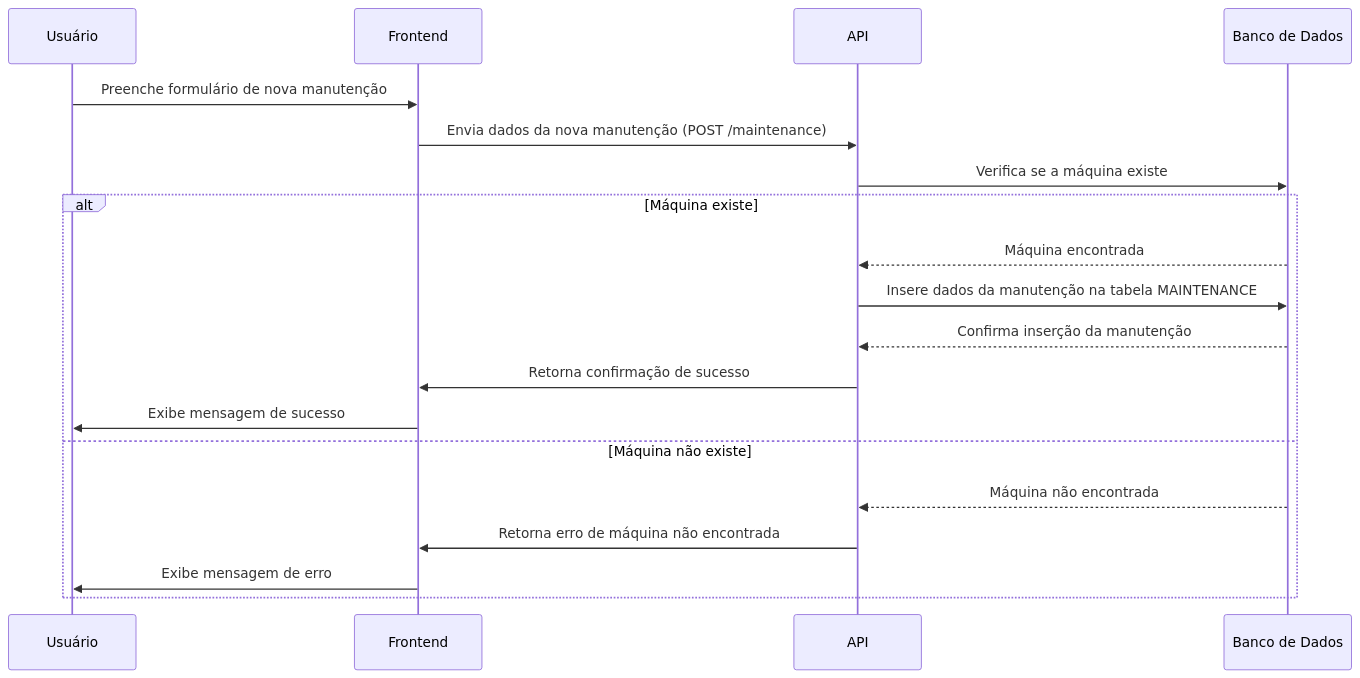
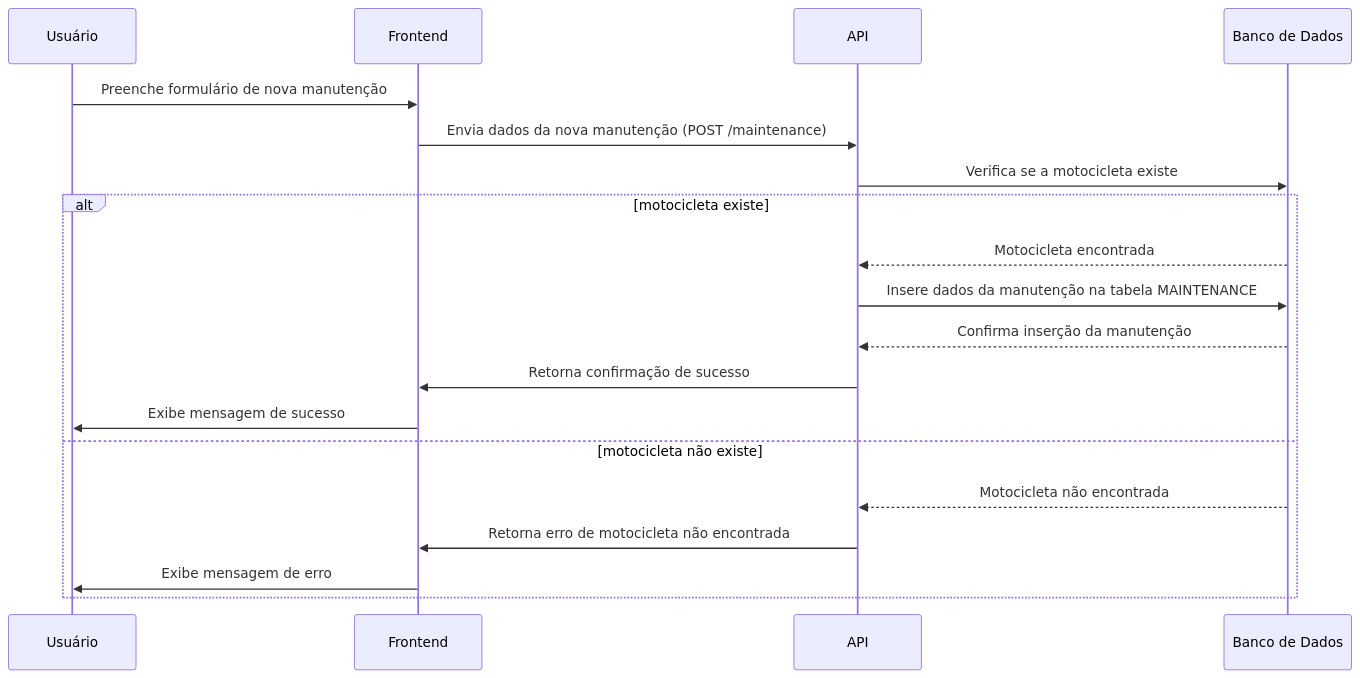
One commit to gabrielcavalcant/maintaner-ads changed the diagram in web/doc/workflows/criar_manutencao.md. Above: the diagram before and after it, drawn with Mermaid. The commit also changed 26 other files, not shown here.

````diff
--- a/web/doc/workflows/criar_manutencao.md
+++ b/web/doc/workflows/criar_manutencao.md
@@ -1,25 +1,25 @@
 ```mermaid
 sequenceDiagram
     participant U as Usuário
     participant F as Frontend
     participant A as API
     participant D as Banco de Dados
 
     U->>F: Preenche formulário de nova manutenção
     F->>A: Envia dados da nova manutenção (POST /maintenance)
-    A->>D: Verifica se a máquina existe 
-    alt Máquina existe
-        D-->>A: Máquina encontrada
+    A->>D: Verifica se a motocicleta existe 
+    alt motocicleta existe
+        D-->>A: Motocicleta encontrada
         A->>D: Insere dados da manutenção na tabela MAINTENANCE
         D-->>A: Confirma inserção da manutenção
         A->>F: Retorna confirmação de sucesso
         F->>U: Exibe mensagem de sucesso
 
 
-    else Máquina não existe
-        D-->>A: Máquina não encontrada
-        A->>F: Retorna erro de máquina não encontrada
+    else motocicleta não existe
+        D-->>A: Motocicleta não encontrada
+        A->>F: Retorna erro de motocicleta não encontrada
         F->>U: Exibe mensagem de erro
     end
 
 ```
````
